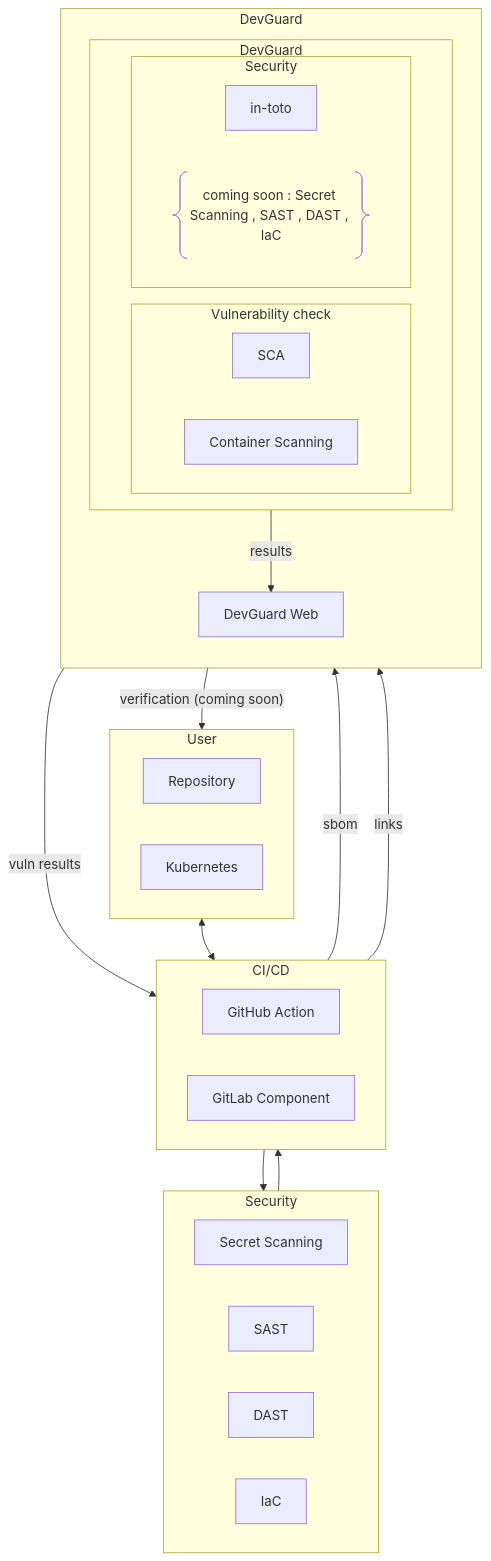
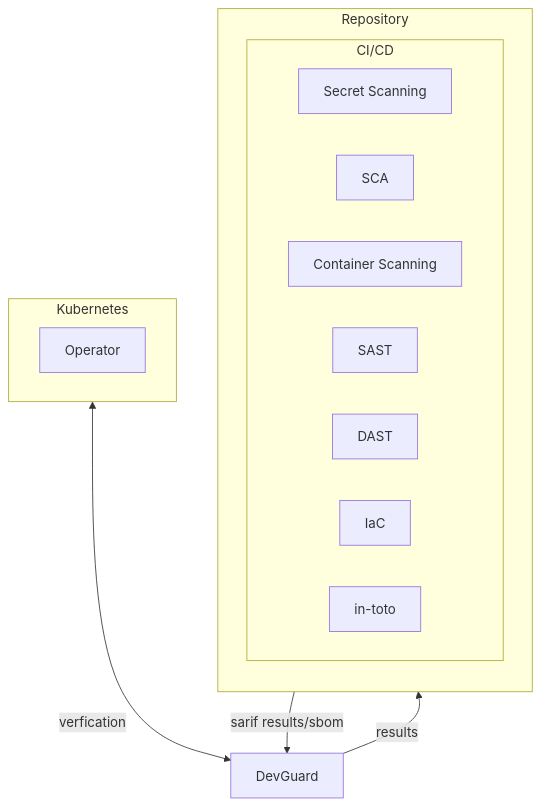
One commit to l3montree-dev/devguard-documentation changed the diagram in src/pages/concepts/arch.mdx. Above: the diagram before and after it, drawn with Mermaid. The commit also changed other lines of this file, not shown here.

Commit message:
refactor architecture diagram for clarity and structure

````diff
--- a/src/pages/concepts/arch.mdx
+++ b/src/pages/concepts/arch.mdx
@@ -3,67 +1,38 @@
 ```mermaid
 flowchart TB 
 
-    subgraph user[User]
-        direction LR
-        repo[Repository]
-        kube[Kubernetes]
+    subgraph repo[Repository]
+        direction TB
+        ciCd[CI/CD]
     end
 
-    subgraph git[CI/CD]
+    dev[DevGuard]
+
+    subgraph kube[Kubernetes]
         direction LR
-        GH[GitHub Action]
-        GL[GitLab Component]
+        operator[Operator]
     end
 
 
-    subgraph dev[DevGuard]
-        direction TB
-        devWeb[DevGuard Web] 
-        devCli[DevGuard CLI]      
-    end
+    subgraph ciCd[CI/CD]
+        direction LR
 
-
-
-    subgraph elSec[Security]
-        direction LR
         SC[Secret Scanning]
+        SCA[SCA]
+        CS[Container Scanning]
         SAST[SAST]
         DAST[DAST]
         IaC[IaC]   
-    end
-
-
-    subgraph devCli[DevGuard ]
-        direction LR
-
-        subgraph vuln[Vulnerability check]
-            SCA[SCA]
-            CS[Container Scanning]
-        end    
-
-        subgraph sec[Security]
-            toto[in-toto]  
-            A@{ shape: braces, label: "coming soon : Secret Scanning , SAST , DAST , IaC" }
-       
-        end
-
+        toto[in-toto]  
 
     end
 
+    ciCd -- sarif results/sbom --> dev
+    dev -- results --> ciCd
 
-    repo <--> git
+    kube <-- verfication --> dev
 
-    git --> elSec
-    elSec --> git
-
-    git -- sbom --> vuln
-    git -- links --> toto
-
-    devCli -- vuln results --> git
-
-    devCli -- results --> devWeb
-    toto -- verification (coming soon) --> kube
 
 
 
 ```
````
